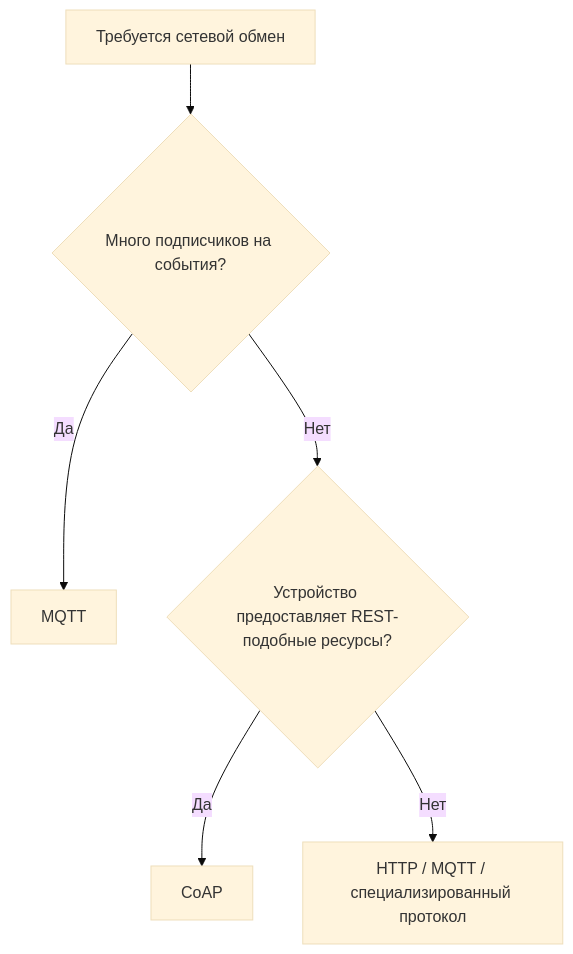
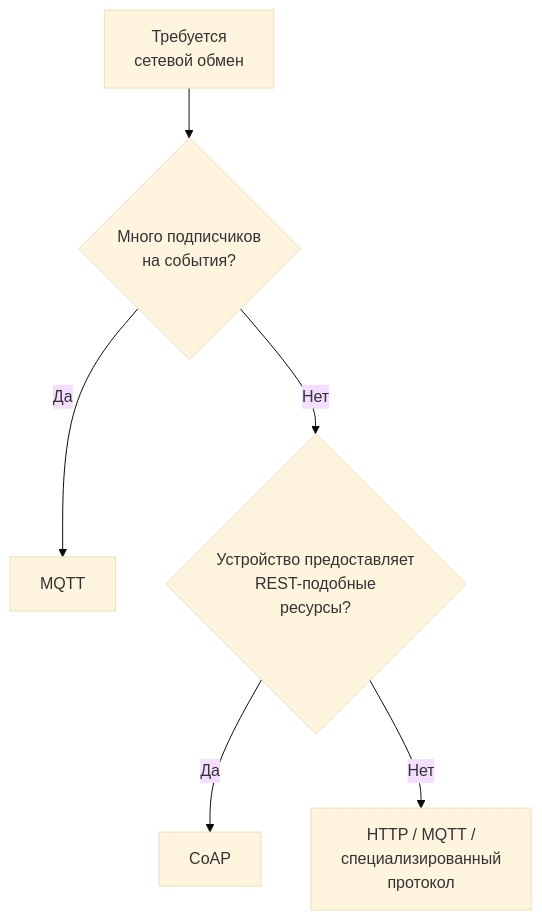
The third of 4 diagrams in 2026/lectures/lecture_02.md (BosenkoTM/Modern-digital-technologies), drawn with Mermaid (base theme) before and after one commit.

````diff
--- a/2026/lectures/lecture_02.md
+++ b/2026/lectures/lecture_02.md
@@ -288,8 +288,12 @@
 ```mermaid
 flowchart TD
-    A[Требуется сетевой обмен] --> B{Много подписчиков на события?}
-    B -->|Да| C[MQTT]
-    B -->|Нет| D{Устройство предоставляет REST-подобные ресурсы?}
-    D -->|Да| E[CoAP]
-    D -->|Нет| F[HTTP / MQTT / специализированный протокол]
+    A["Требуется<br/>сетевой обмен"] --> B{"Много подписчиков<br/>на события?"}
+
+    B -->|Да| C["MQTT"]
+
+    B -->|Нет| D{"Устройство предоставляет<br/>REST-подобные<br/>ресурсы?"}
+
+    D -->|Да| E["CoAP"]
+
+    D -->|Нет| F["HTTP / MQTT /<br/>специализированный<br/>протокол"]
 ```
````
